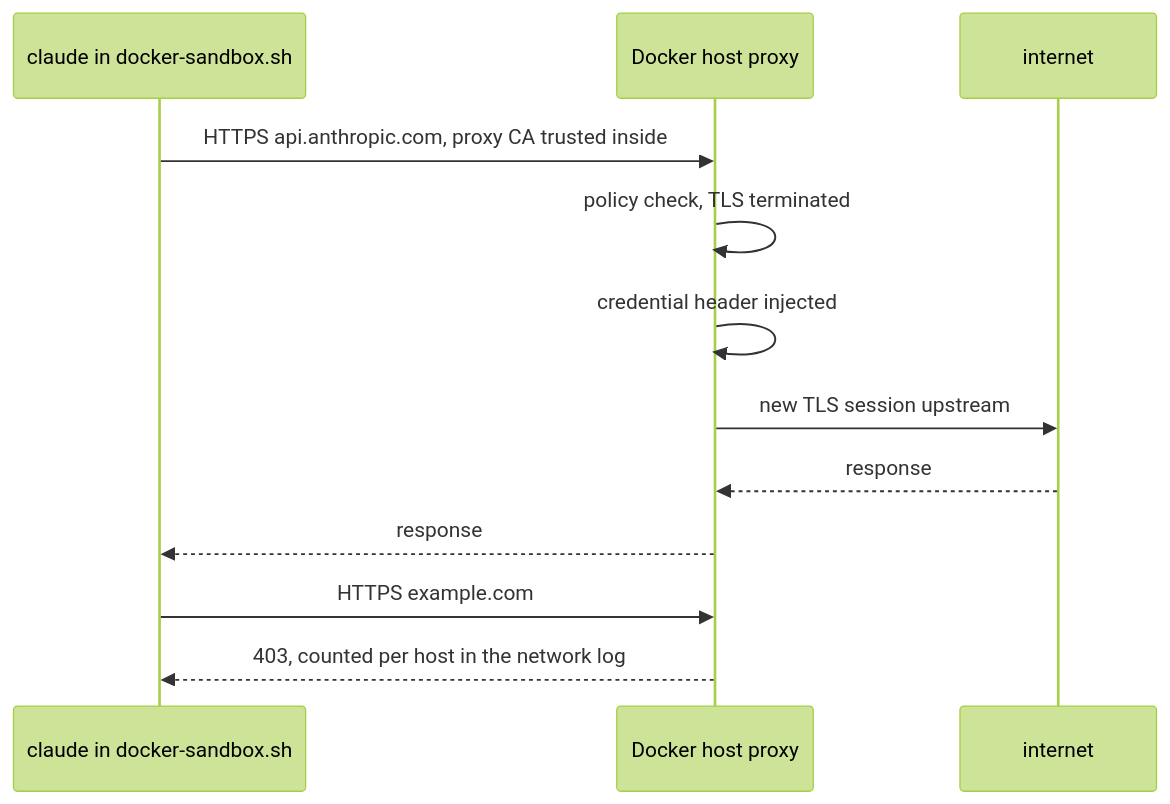
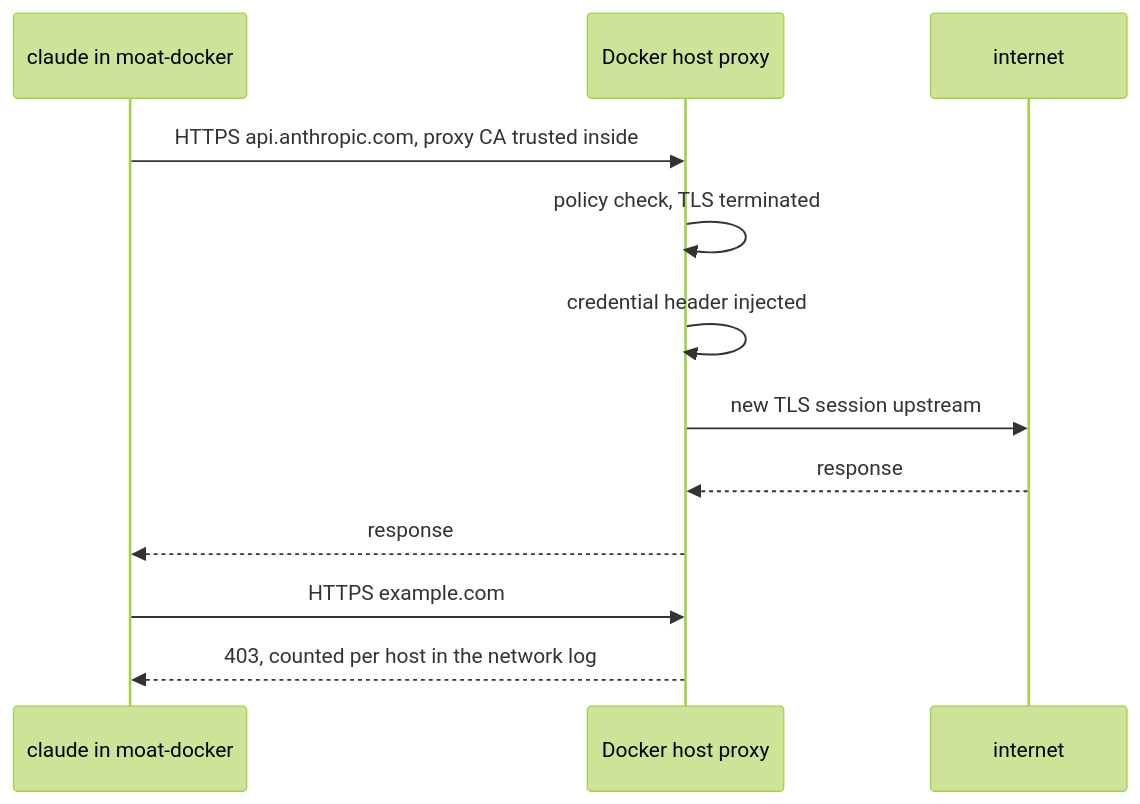
The fifth of 7 diagrams in ARCHITECTURE.md (marhaasa/eredo), drawn with Mermaid (forest theme) before and after one commit. The commit also changed other lines of this file and 14 other files, not shown here.

````diff
--- a/ARCHITECTURE.md
+++ b/ARCHITECTURE.md
@@ -117,14 +117,14 @@
 ```mermaid
 sequenceDiagram
-  participant C as claude in docker-sandbox.sh
+  participant C as claude in moat-docker
   participant P as Docker host proxy
   participant I as internet
   C->>P: HTTPS api.anthropic.com, proxy CA trusted inside
   P->>P: policy check, TLS terminated
   P->>P: credential header injected
   P->>I: new TLS session upstream
   I-->>P: response
   P-->>C: response
   C->>P: HTTPS example.com
   P-->>C: 403, counted per host in the network log
 ```
````
